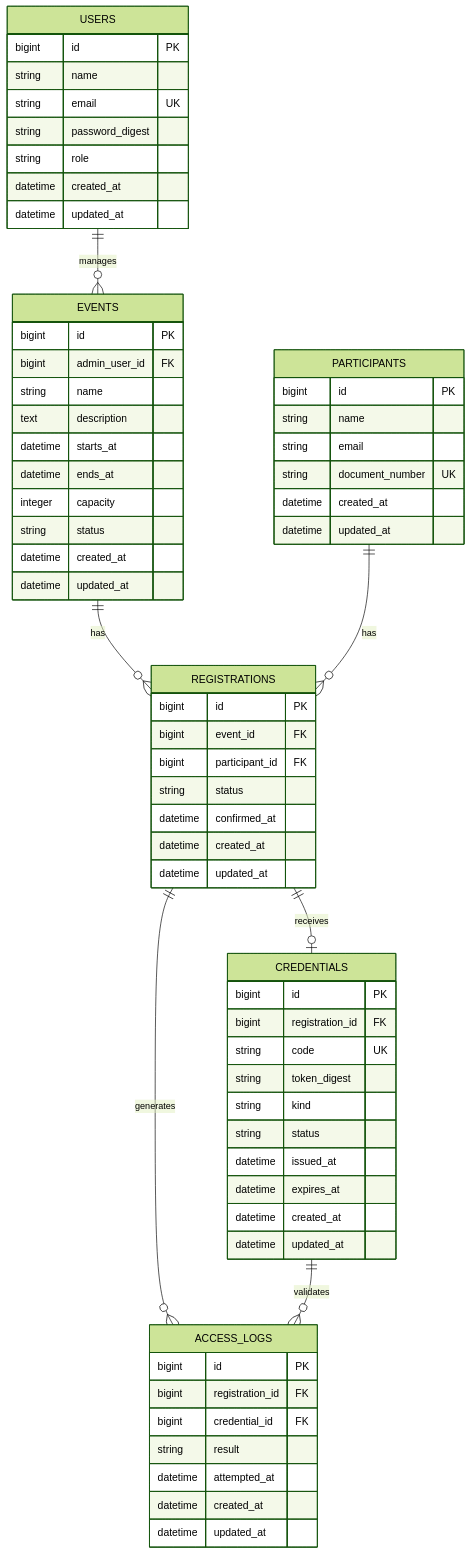
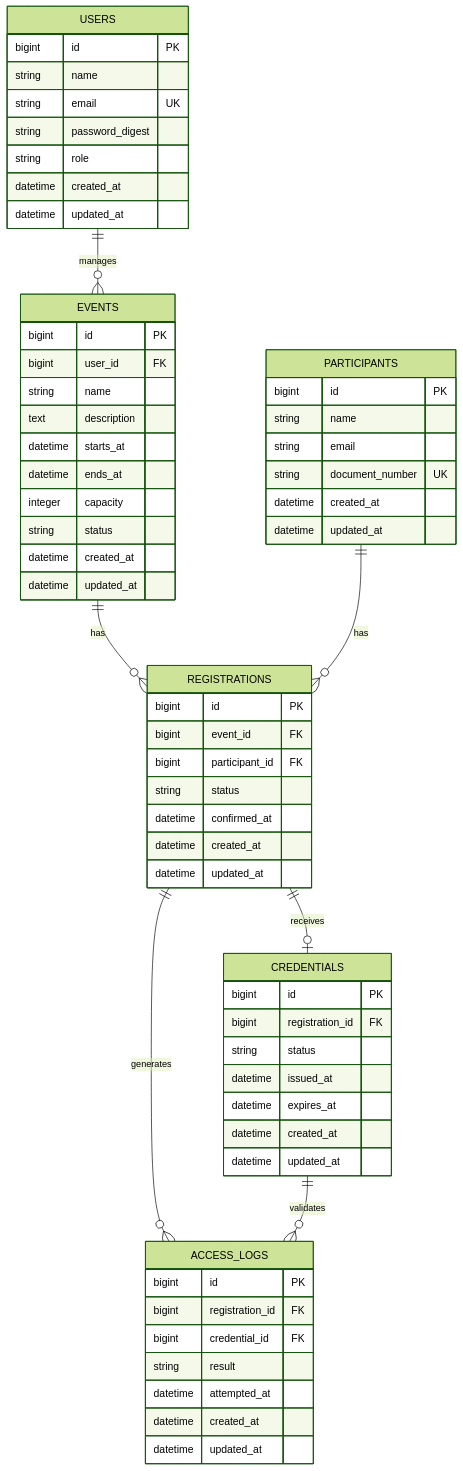
The diagram in docs/diagrams/erd.md (gabrielloyola/crudential), drawn with Mermaid (forest theme) before and after one commit. The commit also changed 31 other files, not shown here.

````diff
--- a/docs/diagrams/erd.md
+++ b/docs/diagrams/erd.md
@@ -1,74 +1,71 @@
 ```mermaid
 erDiagram
     USERS ||--o{ EVENTS : manages
     EVENTS ||--o{ REGISTRATIONS : has
     PARTICIPANTS ||--o{ REGISTRATIONS : has
     REGISTRATIONS ||--o| CREDENTIALS : receives
     REGISTRATIONS ||--o{ ACCESS_LOGS : generates
     CREDENTIALS ||--o{ ACCESS_LOGS : validates
 
     USERS {
         bigint id PK
         string name
         string email UK
         string password_digest
         string role
         datetime created_at
         datetime updated_at
     }
 
     EVENTS {
         bigint id PK
-        bigint admin_user_id FK
+        bigint user_id FK
         string name
         text description
         datetime starts_at
         datetime ends_at
         integer capacity
         string status
         datetime created_at
         datetime updated_at
     }
 
     PARTICIPANTS {
         bigint id PK
         string name
         string email
         string document_number UK
         datetime created_at
         datetime updated_at
     }
 
     REGISTRATIONS {
         bigint id PK
         bigint event_id FK
         bigint participant_id FK
         string status
         datetime confirmed_at
         datetime created_at
         datetime updated_at
     }
 
     CREDENTIALS {
         bigint id PK
         bigint registration_id FK
-        string code UK
-        string token_digest
-        string kind
         string status
         datetime issued_at
         datetime expires_at
         datetime created_at
         datetime updated_at
     }
 
     ACCESS_LOGS {
         bigint id PK
         bigint registration_id FK
         bigint credential_id FK
         string result
         datetime attempted_at
         datetime created_at
         datetime updated_at
     }
 ```
````
